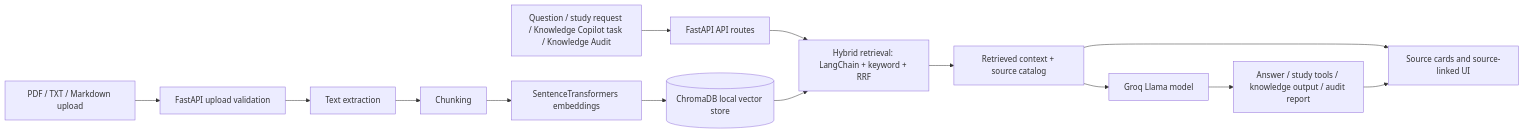
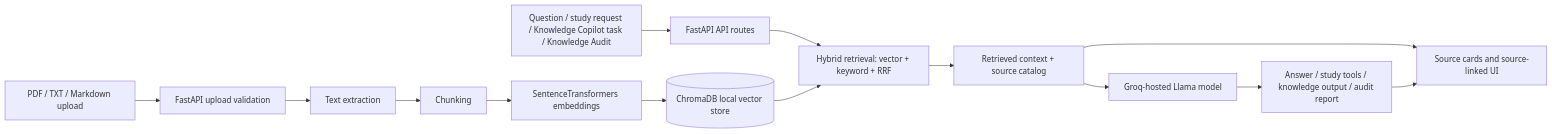
Before and after one commit to berna-ahito/kroma: the diagram in README.md, drawn with Mermaid. The commit also changed other lines of this file, not shown here.

````diff
--- a/README.md
+++ b/README.md
@@ -58,17 +61,17 @@
 ```mermaid
 flowchart LR
     A[PDF / TXT / Markdown upload] --> B[FastAPI upload validation]
     B --> C[Text extraction]
     C --> D[Chunking]
     D --> E[SentenceTransformers embeddings]
     E --> F[(ChromaDB local vector store)]
 
     G[Question / study request / Knowledge Copilot task / Knowledge Audit] --> H[FastAPI API routes]
-    H --> I[Hybrid retrieval: LangChain + keyword + RRF]
+    H --> I[Hybrid retrieval: vector + keyword + RRF]
     F --> I
     I --> J[Retrieved context + source catalog]
-    J --> K[Groq Llama model]
+    J --> K[Groq-hosted Llama model]
     K --> L[Answer / study tools / knowledge output / audit report]
     J --> M[Source cards and source-linked UI]
     L --> M
 ```
````
